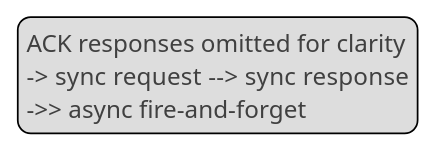
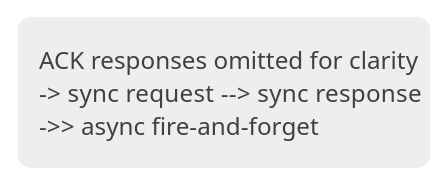
Before and after one commit to artem-from-ua/claude-plugins: the first of 3 diagrams in plugins/plantuml/skills/plantuml-diagram-guide/references/sequence.md, drawn with PlantUML. The commit also changed other lines of this file and 4 other files, not shown here.

First line of the commit message:
feat(plantuml): style legends with skinparams, darken palette fills

````diff
--- a/plugins/plantuml/skills/plantuml-diagram-guide/references/sequence.md
+++ b/plugins/plantuml/skills/plantuml-diagram-guide/references/sequence.md
@@ -53,7 +53,13 @@
 ```plantuml
+skinparam legendBackgroundColor #EEEEEE
+skinparam legendBorderColor transparent
+skinparam LegendFontColor #404040
+
 legend right
-  <color:#404040>ACK responses omitted for clarity</color>
-  <color:#404040>-> sync request  --> sync response</color>
-  <color:#404040>->> async fire-and-forget</color>
+  <size:6> </size>
+    ACK responses omitted for clarity
+    -> sync request  --> sync response
+    ->> async fire-and-forget
+  <size:6> </size>
 end legend
 ```
````
